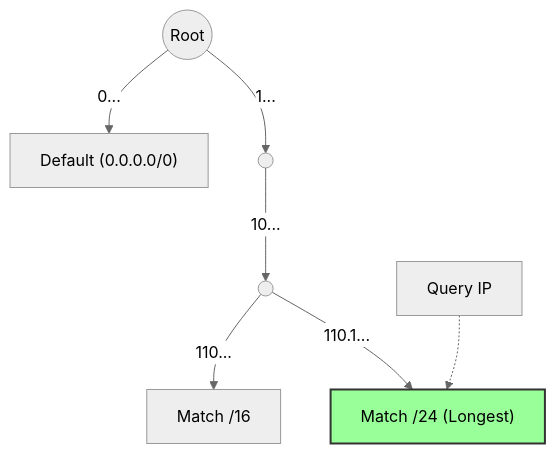
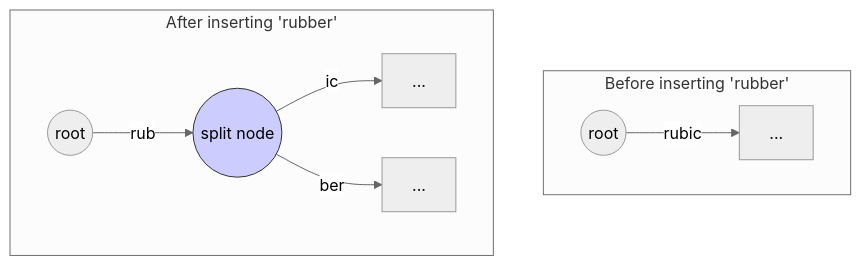
The fifth of 11 diagrams in content/en/blog/post/computer_science/algorithms/prefix-trees/index.md (tdj28/blog), drawn with Mermaid (neutral theme) before and after one commit. The commit also changed other lines of this file, not shown here.

```diff
--- a/content/en/blog/post/computer_science/algorithms/prefix-trees/index.md
+++ b/content/en/blog/post/computer_science/algorithms/prefix-trees/index.md
@@ -646,12 +461,14 @@
 {{< mermaid >}}
 graph TD
-    Root((Root))
-    Root -- "0..." --> Default["Default (0.0.0.0/0)"]
-    Root -- "1..." --> One(( ))
-    One -- "10..." --> Ten(( ))
-    Ten -- "110..." --> Net16["Match /16"]
-    Ten -- "110.1..." --> Net24["Match /24 (Longest)"]
+  subgraph Before["Before inserting 'rubber'"]
+    R((root)) -- "rubic" --> E1["..."]
+  end
 
-    Q["Query IP"] -.-> Net24
-    style Net24 fill:#9f9,stroke:#333,stroke-width:2px
+  subgraph After["After inserting 'rubber'"]
+    R2((root)) -- "rub" --> P((split node))
+    P -- "ic" --> A["..."]
+    P -- "ber" --> B["..."]
+  end
+  
+  style P fill:#ccf,stroke:#333
 {{< /mermaid >}}
```
